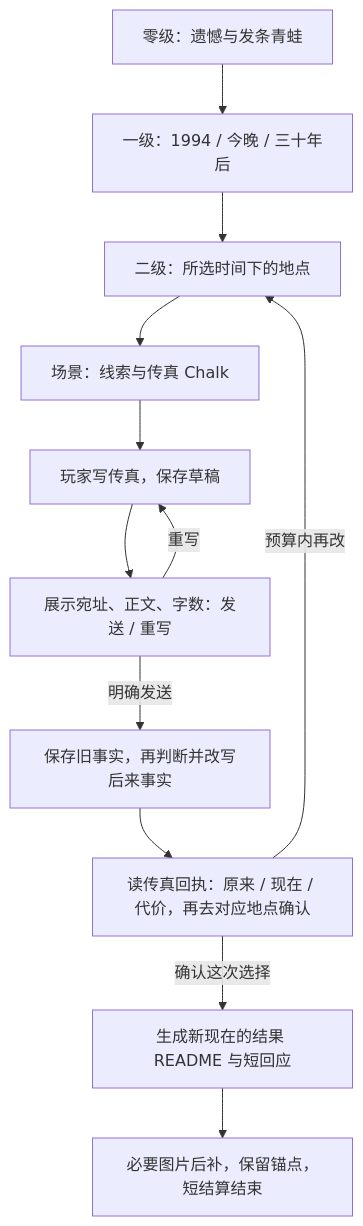
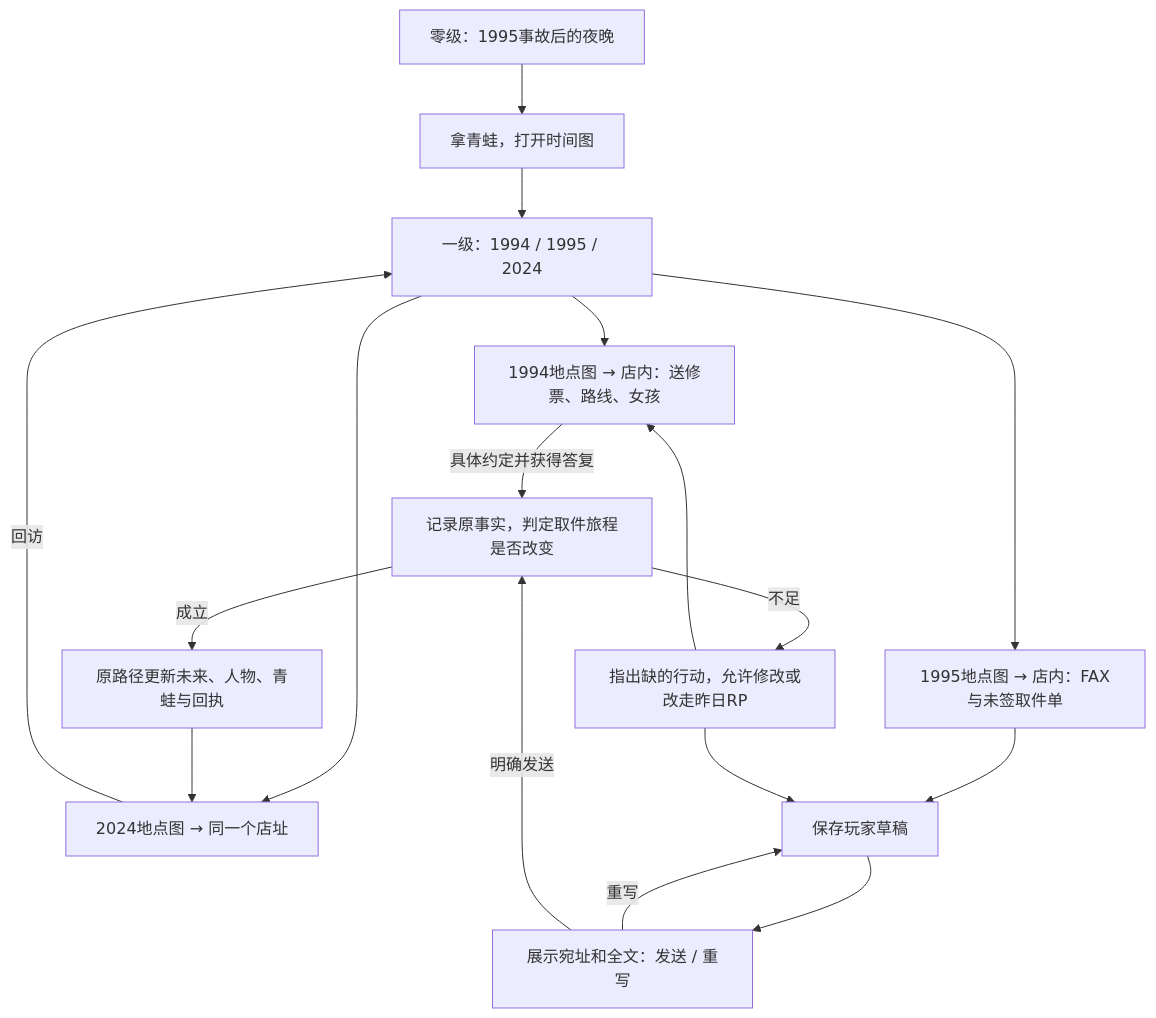
Before and after one commit to LudicDynamics/hackathon: the diagram in docs/时间线短闭环与AI生长验收.md, drawn with Mermaid. The commit also changed other lines of this file and 41 other files, not shown here.

````diff
--- a/docs/时间线短闭环与AI生长验收.md
+++ b/docs/时间线短闭环与AI生长验收.md
@@ -20,14 +46,19 @@
 ```mermaid
 flowchart TD
-    A[零级：遗憾与发条青蛙] --> B[一级：1994 / 今晚 / 三十年后]
-    B --> C[二级：所选时间下的地点]
-    C --> D[场景：线索与传真 Chalk]
-    D --> E0[玩家写传真，保存草稿]
-    E0 --> E1[展示宛址、正文、字数：发送 / 重写]
-    E1 -->|重写| E0
-    E1 -->|明确发送| E[保存旧事实，再判断并改写后来事实]
-    E --> F[读传真回执：原来 / 现在 / 代价，再去对应地点确认]
-    F -->|预算内再改| C
-    F -->|确认这次选择| G[生成新现在的结果 README 与短回应]
-    G --> H[必要图片后补，保留锚点，短结算结束]
+  I[零级：1995事故后的夜晚] --> A[拿青蛙，打开时间图]
+  A --> T[一级：1994 / 1995 / 2024]
+  T --> P[1994地点图 → 店内：送修票、路线、女孩]
+  T --> N[1995地点图 → 店内：FAX与未签取件单]
+  T --> F[2024地点图 → 同一个店址]
+  N --> D[保存玩家草稿]
+  D --> C[展示宛址和全文：发送 / 重写]
+  C -->|重写| D
+  C -->|明确发送| R[记录原事实，判定取件旅程是否改变]
+  P -->|具体约定并获得答复| R
+  R -->|不足| H[指出缺的行动，允许修改或改走昨日RP]
+  H --> D
+  H --> P
+  R -->|成立| G[原路径更新未来、人物、青蛙与回执]
+  G --> F
+  F -->|回访| T
 ```
````
